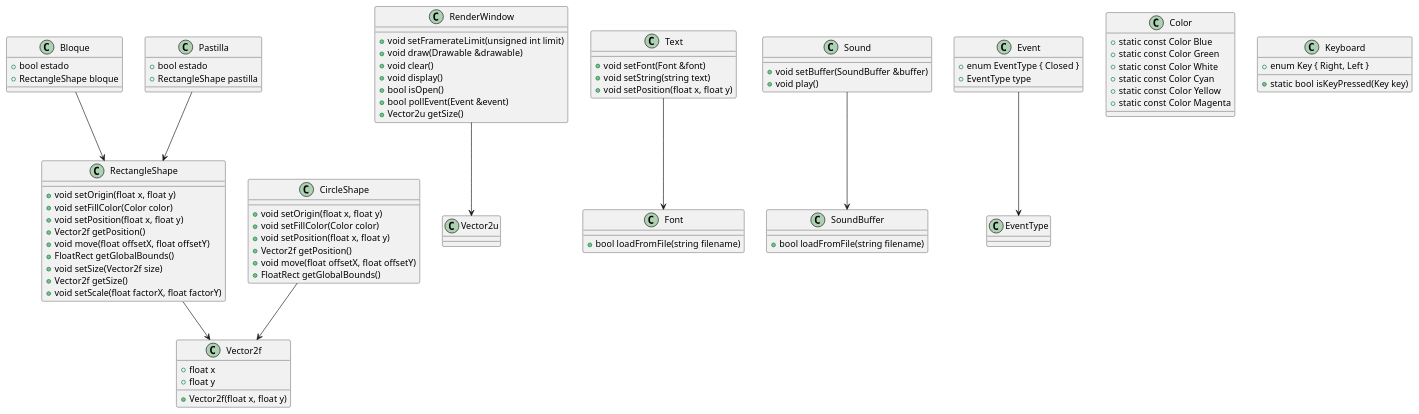
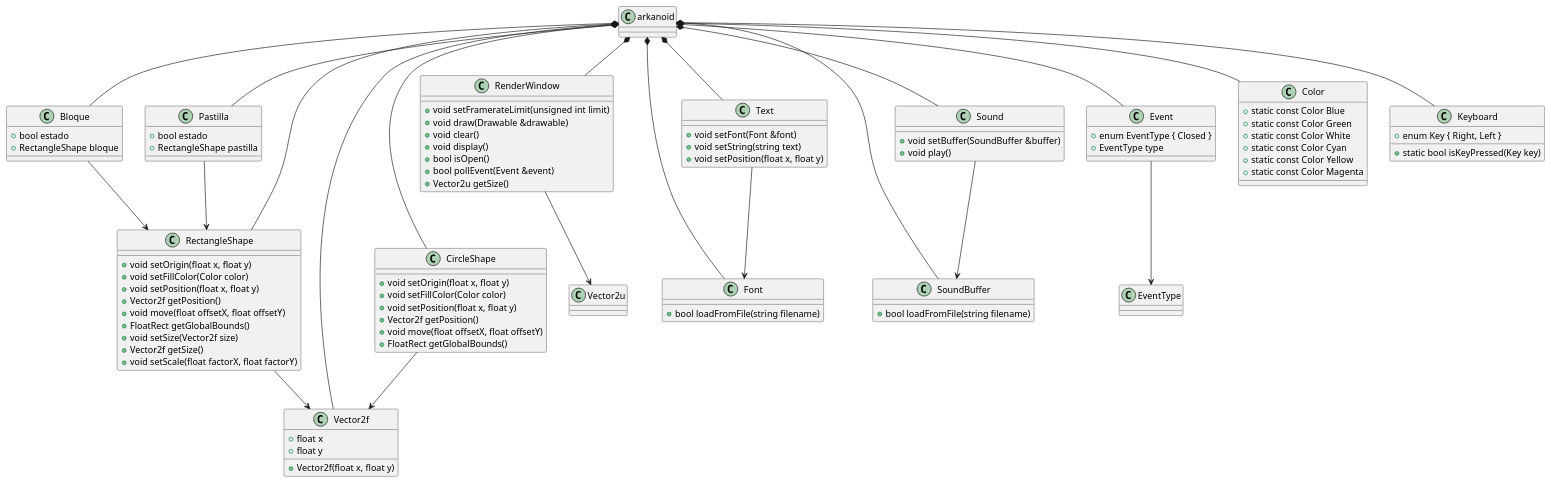
The diagram in docs/arkanoid.puml (RoTtiN2/Arkanoid), drawn with PlantUML before and after one commit. The commit also changed 6 other files, not shown here.

```diff
--- a/docs/arkanoid.puml
+++ b/docs/arkanoid.puml
@@ -1,100 +1,113 @@
 @startuml
 ' Definición de las clases y estructuras
 
 class Bloque {
     +bool estado
     +RectangleShape bloque
 }
 
 class Pastilla {
     +bool estado
     +RectangleShape pastilla
 }
 
 class Vector2f {
     +float x
     +float y
     +Vector2f(float x, float y)
 }
 
 class CircleShape {
     +void setOrigin(float x, float y)
     +void setFillColor(Color color)
     +void setPosition(float x, float y)
     +Vector2f getPosition()
     +void move(float offsetX, float offsetY)
     +FloatRect getGlobalBounds()
 }
 
 class RectangleShape {
     +void setOrigin(float x, float y)
     +void setFillColor(Color color)
     +void setPosition(float x, float y)
     +Vector2f getPosition()
     +void move(float offsetX, float offsetY)
     +FloatRect getGlobalBounds()
     +void setSize(Vector2f size)
     +Vector2f getSize()
     +void setScale(float factorX, float factorY)
 }
 
 class RenderWindow {
     +void setFramerateLimit(unsigned int limit)
     +void draw(Drawable &drawable)
     +void clear()
     +void display()
     +bool isOpen()
     +bool pollEvent(Event &event)
     +Vector2u getSize()
 }
 
 class Font {
     +bool loadFromFile(string filename)
 }
 
 class Text {
     +void setFont(Font &font)
     +void setString(string text)
     +void setPosition(float x, float y)
 }
 
 class SoundBuffer {
     +bool loadFromFile(string filename)
 }
 
 class Sound {
     +void setBuffer(SoundBuffer &buffer)
     +void play()
 }
 
 class Event {
     +enum EventType { Closed }
     +EventType type
 }
 
 class Color {
     +static const Color Blue
     +static const Color Green
     +static const Color White
     +static const Color Cyan
     +static const Color Yellow
     +static const Color Magenta
 }
 
 class Keyboard {
     +static bool isKeyPressed(Key key)
     +enum Key { Right, Left }
 }
 
 ' Relaciones entre las clases
 
 Bloque --> RectangleShape
 Pastilla --> RectangleShape
 CircleShape --> Vector2f
 RectangleShape --> Vector2f
 RenderWindow --> Vector2u
 Text --> Font
 Sound --> SoundBuffer
 Event --> EventType
 
+arkanoid *-- Bloque
+arkanoid *-- Pastilla
+arkanoid *-- Vector2f
+arkanoid *-- CircleShape
+arkanoid *-- RectangleShape
+arkanoid *-- RenderWindow
+arkanoid *-- Font
+arkanoid *-- Text
+arkanoid *-- SoundBuffer
+arkanoid *-- Sound
+arkanoid *-- Event
+arkanoid *-- Color
+arkanoid *-- Keyboard
 @enduml
```
